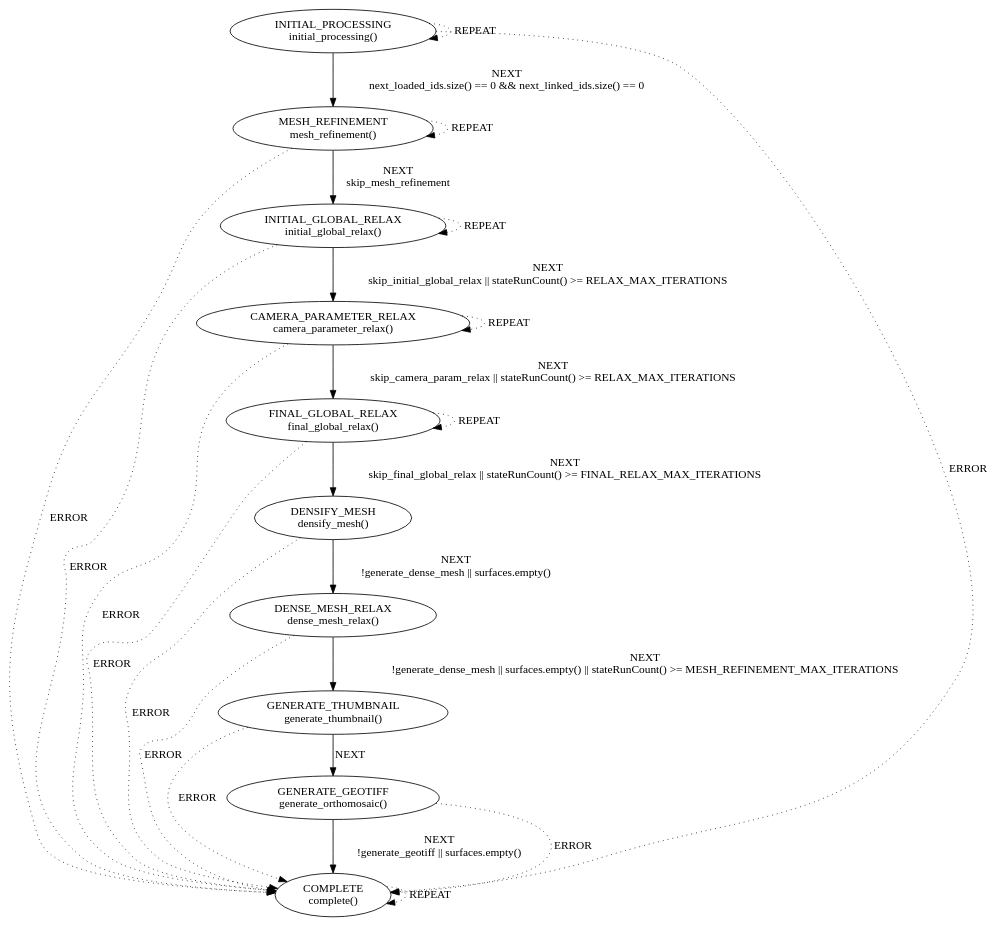
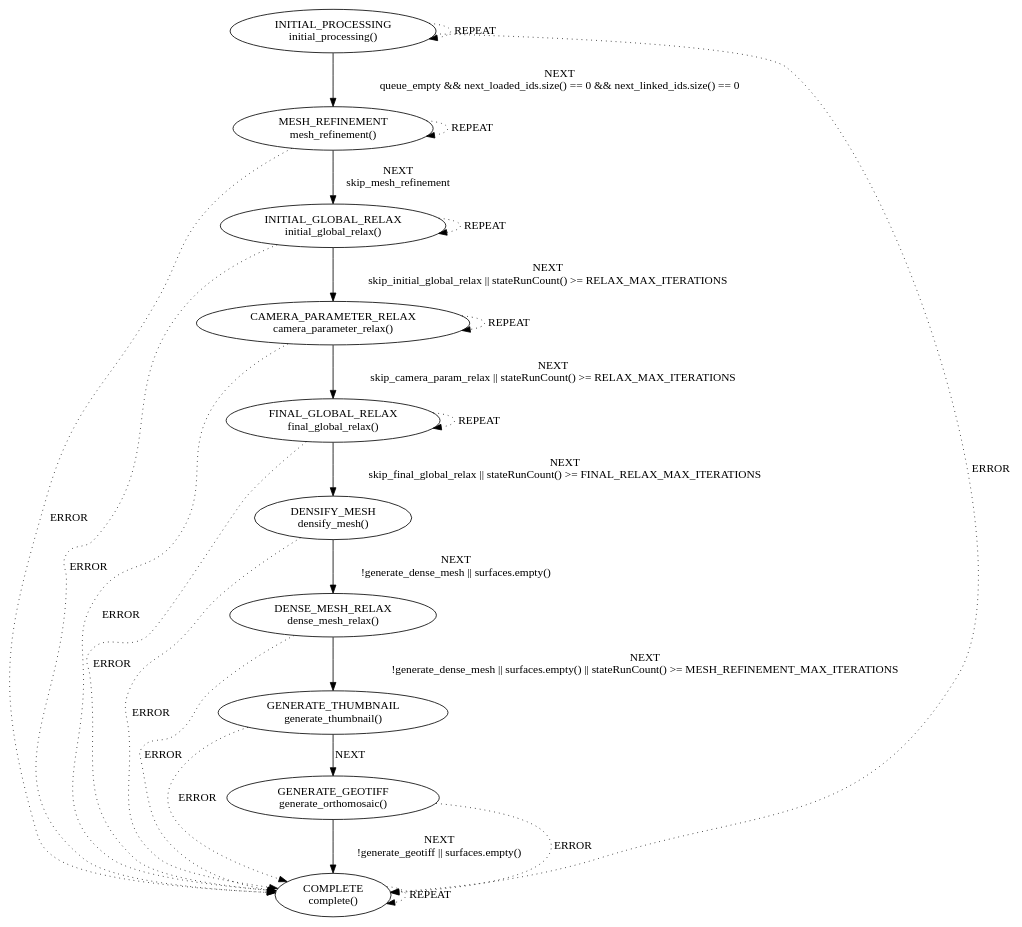
The diagram in src/pipeline/pipeline.cpp.dot (jkflying/opencalibration), drawn with Graphviz before and after one commit. The commit also changed 1 other file, not shown here.

```diff
--- a/src/pipeline/pipeline.cpp.dot
+++ b/src/pipeline/pipeline.cpp.dot
@@ -1,26 +1,26 @@
 digraph {
-    "INITIAL_PROCESSING\ninitial_processing()" -> "MESH_REFINEMENT\nmesh_refinement()" [label="NEXT\nnext_loaded_ids.size() == 0 && next_linked_ids.size() == 0", style="solid", weight=1]
+    "INITIAL_PROCESSING\ninitial_processing()" -> "MESH_REFINEMENT\nmesh_refinement()" [label="NEXT\nqueue_empty && next_loaded_ids.size() == 0 && next_linked_ids.size() == 0", style="solid", weight=1]
     "INITIAL_PROCESSING\ninitial_processing()" -> "COMPLETE\ncomplete()" [label="ERROR", style="dotted", weight=0.1]
     "MESH_REFINEMENT\nmesh_refinement()" -> "INITIAL_GLOBAL_RELAX\ninitial_global_relax()" [label="NEXT\nskip_mesh_refinement", style="solid", weight=1]
     "MESH_REFINEMENT\nmesh_refinement()" -> "COMPLETE\ncomplete()" [label="ERROR", style="dotted", weight=0.1]
     "INITIAL_GLOBAL_RELAX\ninitial_global_relax()" -> "CAMERA_PARAMETER_RELAX\ncamera_parameter_relax()" [label="NEXT\nskip_initial_global_relax || stateRunCount() >= RELAX_MAX_ITERATIONS", style="solid", weight=1]
     "INITIAL_GLOBAL_RELAX\ninitial_global_relax()" -> "COMPLETE\ncomplete()" [label="ERROR", style="dotted", weight=0.1]
     "CAMERA_PARAMETER_RELAX\ncamera_parameter_relax()" -> "FINAL_GLOBAL_RELAX\nfinal_global_relax()" [label="NEXT\nskip_camera_param_relax || stateRunCount() >= RELAX_MAX_ITERATIONS", style="solid", weight=1]
     "CAMERA_PARAMETER_RELAX\ncamera_parameter_relax()" -> "COMPLETE\ncomplete()" [label="ERROR", style="dotted", weight=0.1]
     "FINAL_GLOBAL_RELAX\nfinal_global_relax()" -> "DENSIFY_MESH\ndensify_mesh()" [label="NEXT\nskip_final_global_relax || stateRunCount() >= FINAL_RELAX_MAX_ITERATIONS", style="solid", weight=1]
     "FINAL_GLOBAL_RELAX\nfinal_global_relax()" -> "COMPLETE\ncomplete()" [label="ERROR", style="dotted", weight=0.1]
     "DENSIFY_MESH\ndensify_mesh()" -> "DENSE_MESH_RELAX\ndense_mesh_relax()" [label="NEXT\n!generate_dense_mesh || surfaces.empty()", style="solid", weight=1]
     "DENSIFY_MESH\ndensify_mesh()" -> "COMPLETE\ncomplete()" [label="ERROR", style="dotted", weight=0.1]
     "DENSE_MESH_RELAX\ndense_mesh_relax()" -> "GENERATE_THUMBNAIL\ngenerate_thumbnail()" [label="NEXT\n!generate_dense_mesh || surfaces.empty() || stateRunCount() >= MESH_REFINEMENT_MAX_ITERATIONS", style="solid", weight=1]
     "DENSE_MESH_RELAX\ndense_mesh_relax()" -> "COMPLETE\ncomplete()" [label="ERROR", style="dotted", weight=0.1]
     "GENERATE_THUMBNAIL\ngenerate_thumbnail()" -> "GENERATE_GEOTIFF\ngenerate_orthomosaic()" [label="NEXT", style="solid", weight=1]
     "GENERATE_THUMBNAIL\ngenerate_thumbnail()" -> "COMPLETE\ncomplete()" [label="ERROR", style="dotted", weight=0.1]
     "GENERATE_GEOTIFF\ngenerate_orthomosaic()" -> "COMPLETE\ncomplete()" [label="NEXT\n!generate_geotiff || surfaces.empty()", style="solid", weight=1]
     "GENERATE_GEOTIFF\ngenerate_orthomosaic()" -> "COMPLETE\ncomplete()" [label="ERROR", style="dotted", weight=0.1]
     "INITIAL_PROCESSING\ninitial_processing()" -> "INITIAL_PROCESSING\ninitial_processing()" [label="REPEAT", style="dotted", weight=0.1]
     "INITIAL_GLOBAL_RELAX\ninitial_global_relax()" -> "INITIAL_GLOBAL_RELAX\ninitial_global_relax()" [label="REPEAT", style="dotted", weight=0.1]
     "CAMERA_PARAMETER_RELAX\ncamera_parameter_relax()" -> "CAMERA_PARAMETER_RELAX\ncamera_parameter_relax()" [label="REPEAT", style="dotted", weight=0.1]
     "FINAL_GLOBAL_RELAX\nfinal_global_relax()" -> "FINAL_GLOBAL_RELAX\nfinal_global_relax()" [label="REPEAT", style="dotted", weight=0.1]
     "MESH_REFINEMENT\nmesh_refinement()" -> "MESH_REFINEMENT\nmesh_refinement()" [label="REPEAT", style="dotted", weight=0.1]
     "COMPLETE\ncomplete()" -> "COMPLETE\ncomplete()" [label="REPEAT", style="dotted", weight=0.1]
 }
```
